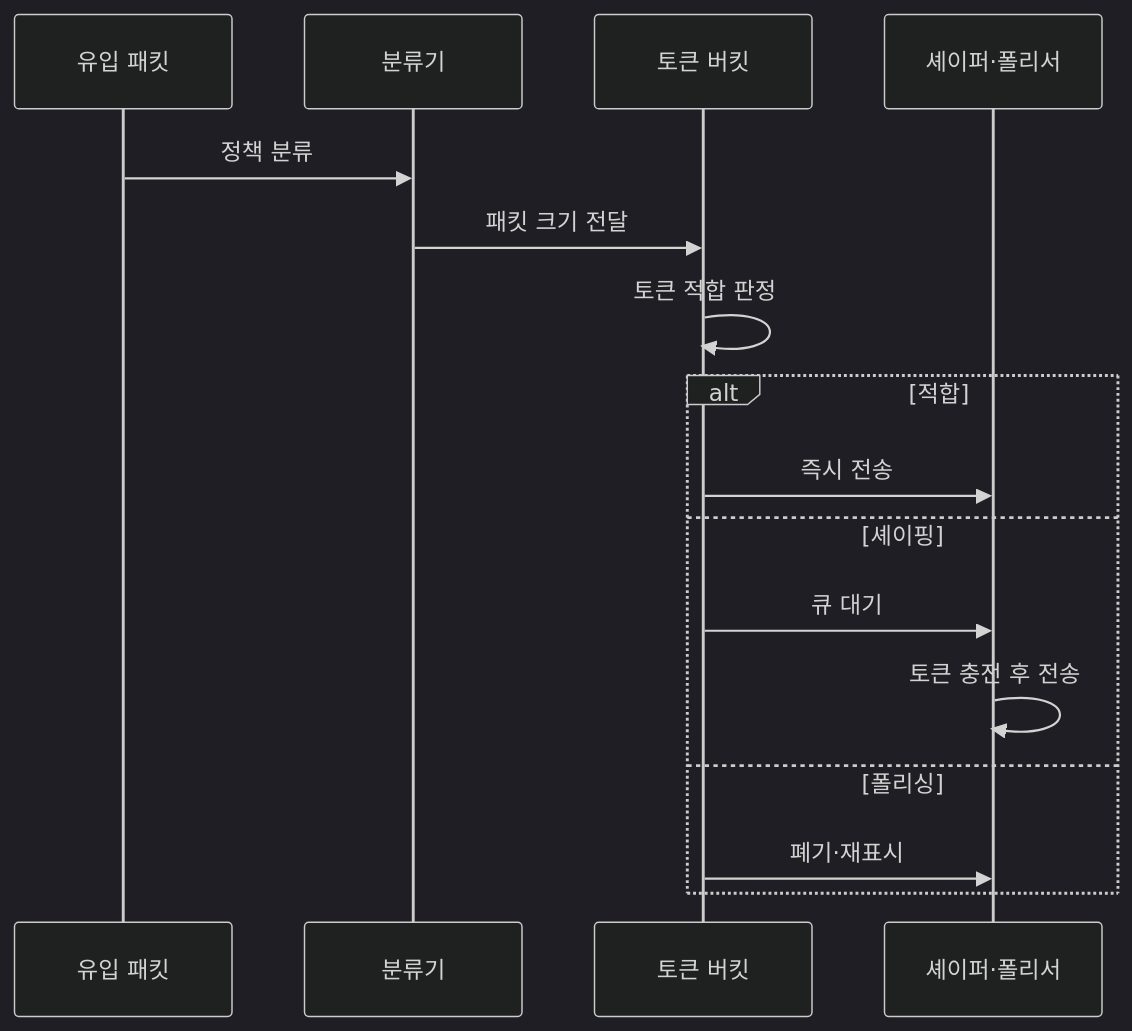
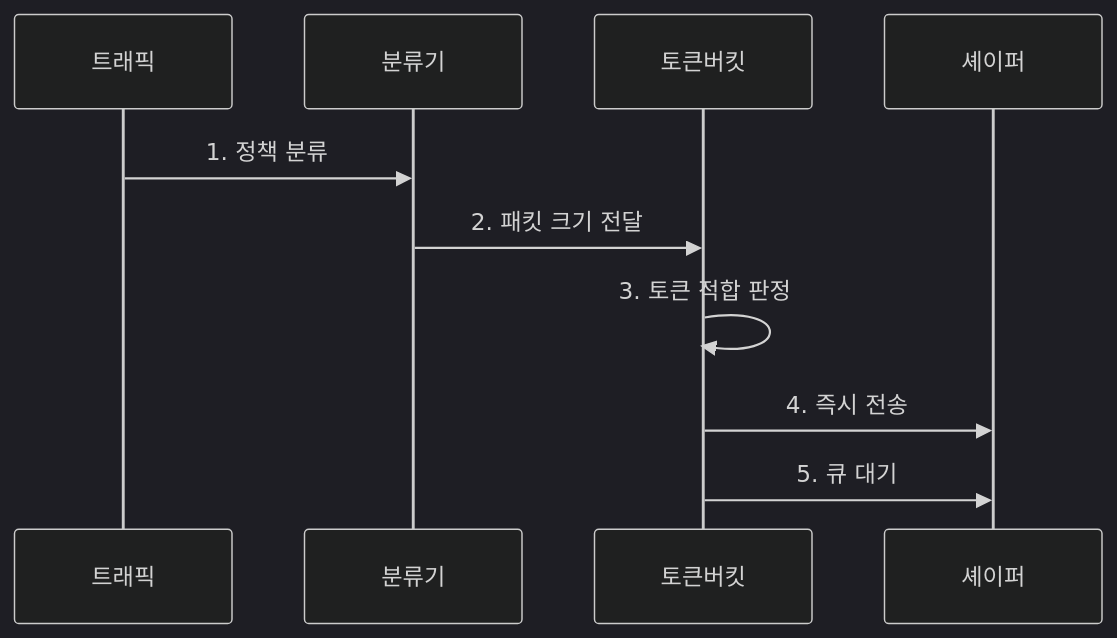
Before and after one commit to agnusdei1207/knowledge-base: the second of 2 diagrams in src/content/docs/notes/04-network/073_traffic_shaping_policing.md, drawn with Mermaid (dark theme). The commit also changed other lines of this file and 20 other files, not shown here.

````diff
--- a/src/content/docs/notes/04-network/073_traffic_shaping_policing.md
+++ b/src/content/docs/notes/04-network/073_traffic_shaping_policing.md
@@ -88,18 +82,12 @@
 ```mermaid
 sequenceDiagram
-    participant P as 유입 패킷
-    participant C as 분류기
-    participant T as 토큰 버킷
-    participant S as 셰이퍼·폴리서
-    P->>C: 정책 분류
-    C->>T: 패킷 크기 전달
-    T->>T: 토큰 적합 판정
-    alt 적합
-        T->>S: 즉시 전송
-    else 셰이핑
-        T->>S: 큐 대기
-        S->>S: 토큰 충전 후 전송
-    else 폴리싱
-        T->>S: 폐기·재표시
-    end
+    participant 트래픽
+    participant 분류기
+    participant 토큰버킷
+    participant 셰이퍼
+    트래픽->>분류기: 1. 정책 분류
+    분류기->>토큰버킷: 2. 패킷 크기 전달
+    토큰버킷->>토큰버킷: 3. 토큰 적합 판정
+    토큰버킷->>셰이퍼: 4. 즉시 전송
+    토큰버킷->>셰이퍼: 5. 큐 대기
 ```
````
